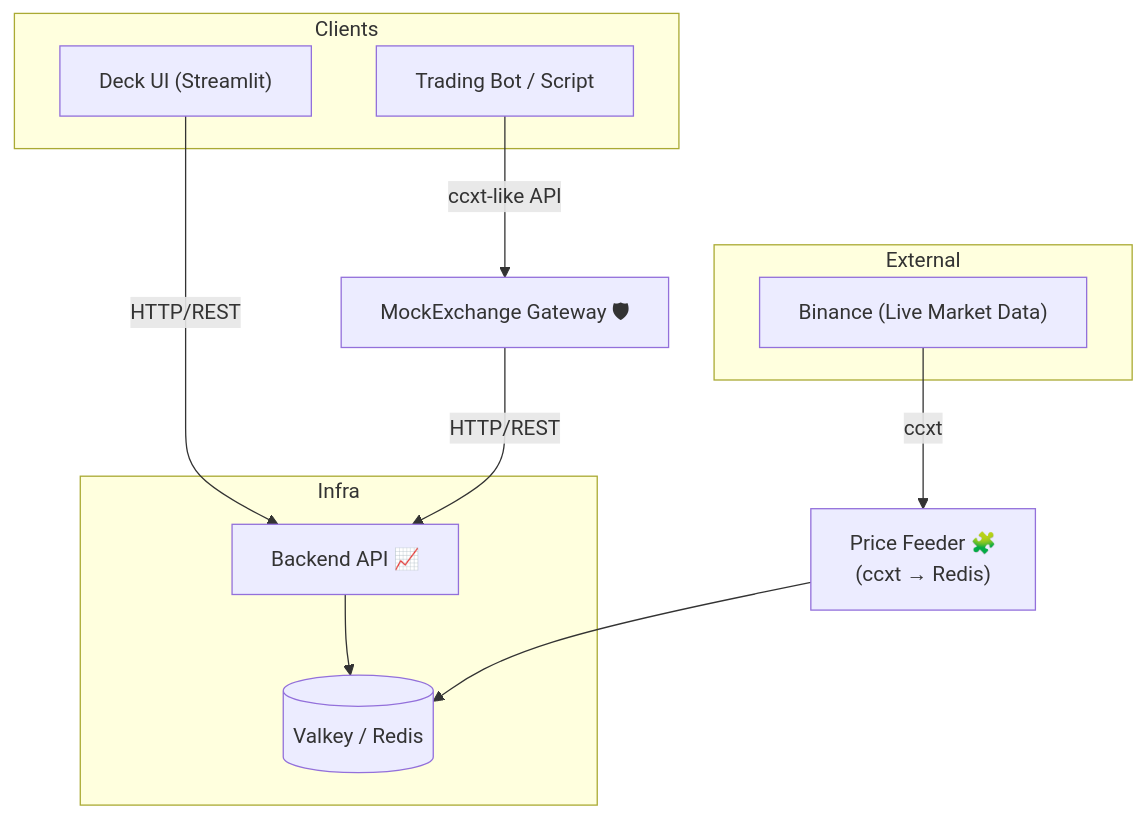
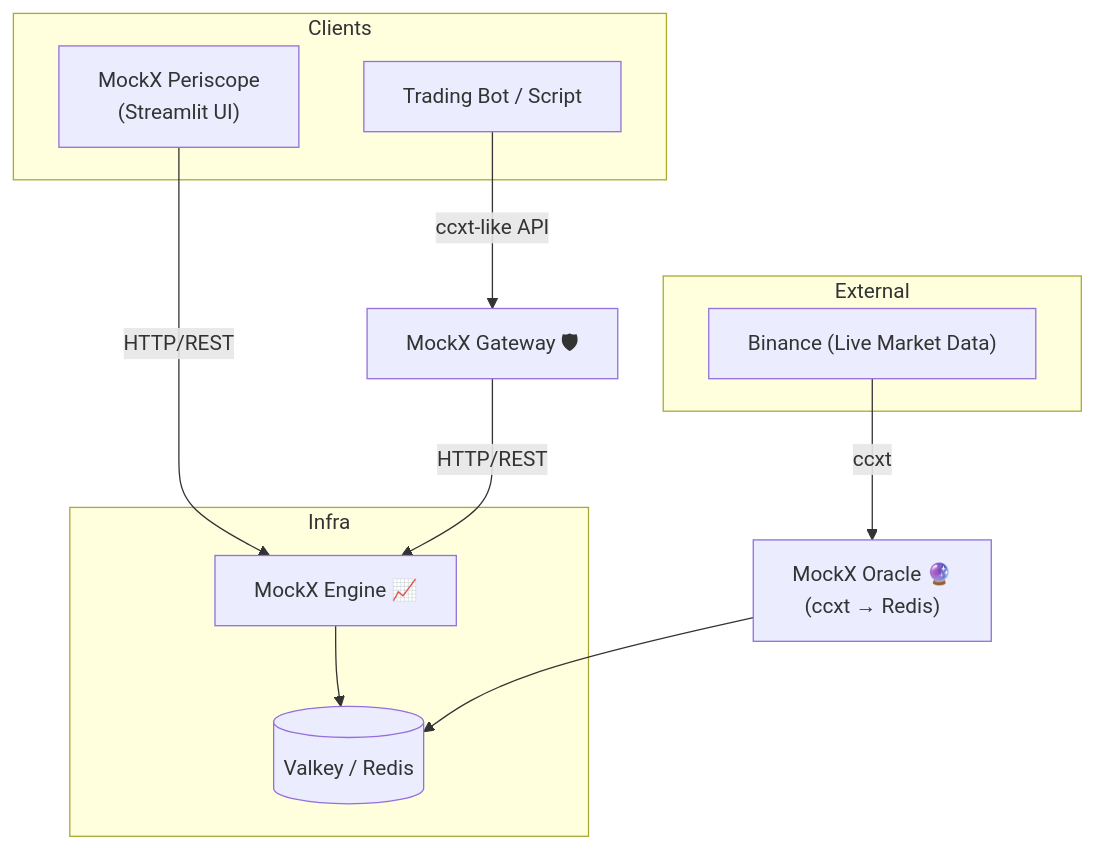
One commit to didac-crst/mockexchange changed the diagram in README.md. Above: the diagram before and after it, drawn with Mermaid. The commit also changed other lines of this file, not shown here.

````diff
--- a/README.md
+++ b/README.md
@@ -121,25 +146,25 @@
 ```mermaid
 flowchart TB
     subgraph Clients
-        deck["Deck UI (Streamlit)"]
+        periscope["MockX Periscope<br/>(Streamlit UI)"]
         bot["Trading Bot / Script"]
     end
 
     subgraph Infra
         redis[("Valkey / Redis")]
-        backend["Backend API 📈"]
+        engine["MockX Engine 📈"]
     end
 
     subgraph External
         binance["Binance (Live Market Data)"]
     end
 
-    bot -->|ccxt-like API| gateway["MockExchange Gateway 🛡"]
-    deck -->|HTTP/REST| backend
-    gateway -->|HTTP/REST| backend
+    bot -->|ccxt-like API| gateway["MockX Gateway 🛡"]
+    periscope -->|HTTP/REST| engine
+    gateway -->|HTTP/REST| engine
 
-    backend --> redis
+    engine --> redis
 
-    feeder["Price Feeder 🧩<br/>(ccxt → Redis)"] --> redis
-    binance -->|ccxt| feeder
+    oracle["MockX Oracle 🔮<br/>(ccxt → Redis)"] --> redis
+    binance -->|ccxt| oracle
 ```
````
